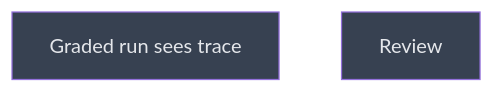
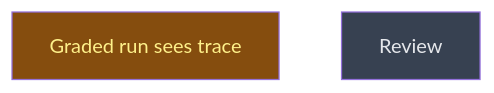
One commit to CrackingShells/Candler changed the diagram in __roadmap__/run_context/readers/e2e/README.md. Above: the diagram before and after it, drawn with Mermaid. The commit also changed other lines of this file, not shown here.

Commit message:
rdm(library): start the graded run's trace

````diff
--- a/__roadmap__/run_context/readers/e2e/README.md
+++ b/__roadmap__/run_context/readers/e2e/README.md
@@ -16,10 +16,10 @@
 ```mermaid
 graph TD
-    graded_run_sees_trace[Graded run sees trace]:::planned
+    graded_run_sees_trace[Graded run sees trace]:::inprogress
     review[Review]:::planned
     classDef done       fill:#166534,color:#bbf7d0
     classDef inprogress fill:#854d0e,color:#fef08a
     classDef planned    fill:#374151,color:#e5e7eb
     classDef amendment  fill:#1e3a5f,color:#bfdbfe
     classDef blocked    fill:#7f1d1d,color:#fecaca
 ```
````
